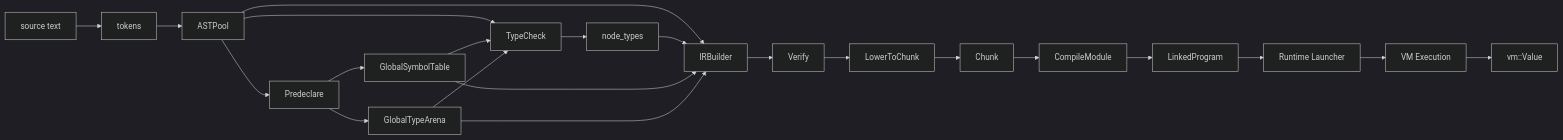
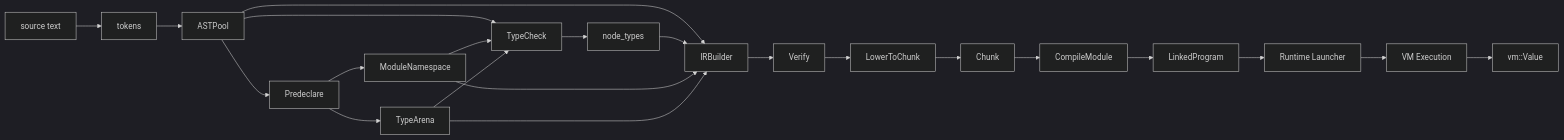
The second of 7 diagrams in include/niki/l0_core/readme.md (nikiplus/niki), drawn with Mermaid (dark theme) before and after one commit. The commit also changed other lines of this file and 69 other files, not shown here.

````diff
--- a/include/niki/l0_core/readme.md
+++ b/include/niki/l0_core/readme.md
@@ -43,28 +43,28 @@
 ```mermaid
 graph LR
     S[source text] --> T[tokens]
     T --> A[ASTPool]
 
     A --> P[Predeclare]
-    P --> G1[GlobalSymbolTable]
-    P --> G2[GlobalTypeArena]
+    P --> G1[ModuleNamespace]
+    P --> G2[TypeArena]
 
     A --> TC[TypeCheck]
     G1 --> TC
     G2 --> TC
     TC --> NT[node_types]
 
     A --> IRB[IRBuilder]
     NT --> IRB
     G1 --> IRB
     G2 --> IRB
     IRB --> VRF[Verify]
     VRF --> LWC[LowerToChunk]
     LWC --> CH[Chunk]
 
     CH --> CM[CompileModule]
     CM --> L[LinkedProgram]
     L --> R[Runtime Launcher]
     R --> V[VM Execution]
     V --> O[vm::Value]
 ```
````
